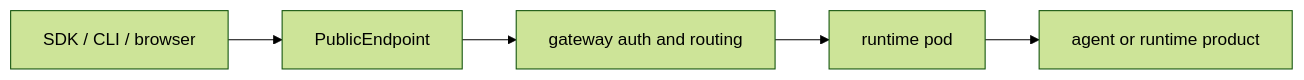
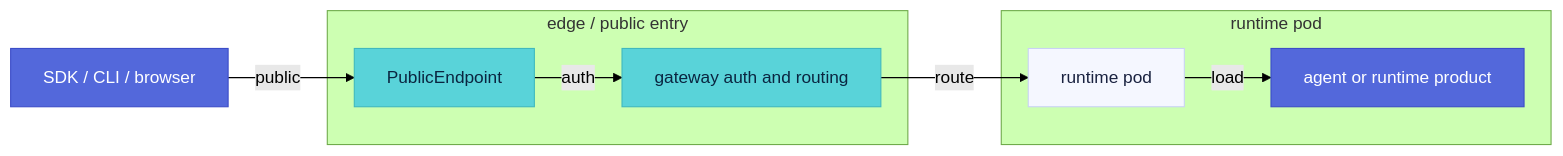
One commit to kingsoftcloud/ksadk-python changed the diagram in docs-site/content/docs/references/remote-runtime-api.en.mdx. Above: the diagram before and after it, drawn with Mermaid (forest theme). The commit also changed other lines of this file and 33 other files, not shown here.

````diff
--- a/docs-site/content/docs/references/remote-runtime-api.en.mdx
+++ b/docs-site/content/docs/references/remote-runtime-api.en.mdx
@@ -17,7 +17,23 @@
 ```mermaid
 flowchart LR
-  Client["SDK / CLI / browser"] --> Public["PublicEndpoint"]
-  Public --> Gateway["gateway auth and routing"]
-  Gateway --> Runtime["runtime pod"]
-  Runtime --> Agent["agent or runtime product"]
+  Client["SDK / CLI / browser"] -->|public| Public["PublicEndpoint"]
+  Public -->|auth| Gateway["gateway auth and routing"]
+  Gateway -->|route| Runtime["runtime pod"]
+  Runtime -->|load| Agent["agent or runtime product"]
+
+  subgraph edge["edge / public entry"]
+    Public
+    Gateway
+  end
+  subgraph pod["runtime pod"]
+    Runtime
+    Agent
+  end
+
+  classDef brand fill:#5368db,stroke:#3b4cc7,color:#fff
+  classDef accent fill:#59d3d9,stroke:#3fb8be,color:#0a2540
+  classDef neutral fill:#f5f7ff,stroke:#c9d2f5,color:#1a2240
+  class Client,Agent brand
+  class Public,Gateway accent
+  class Runtime neutral
 ```
````
